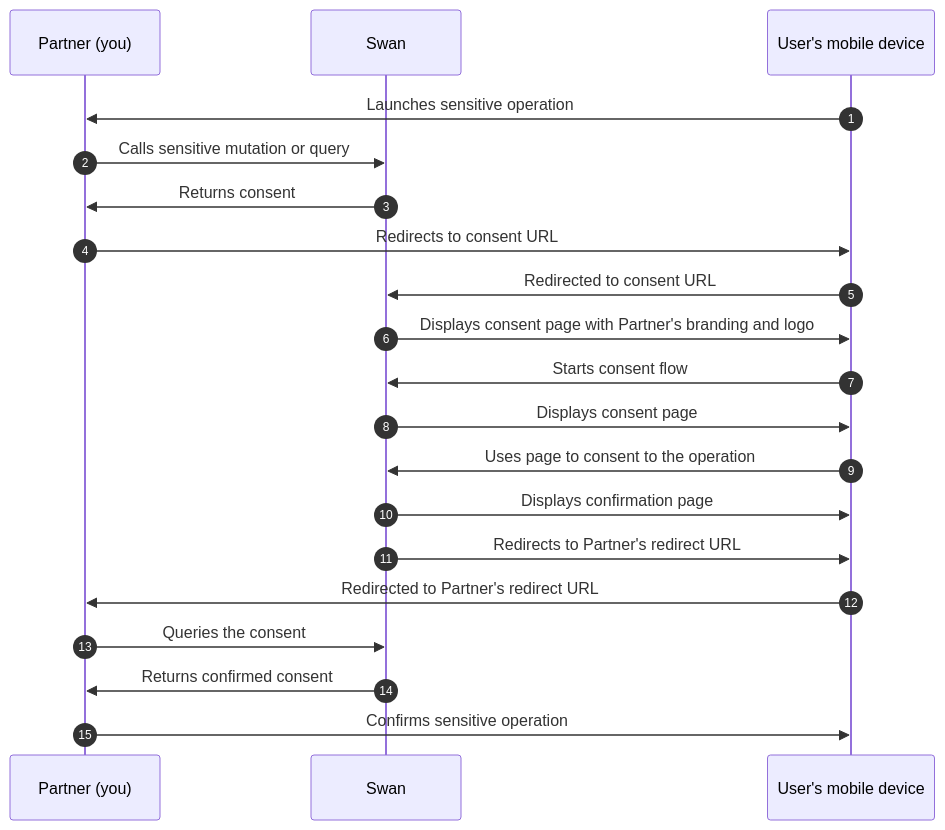
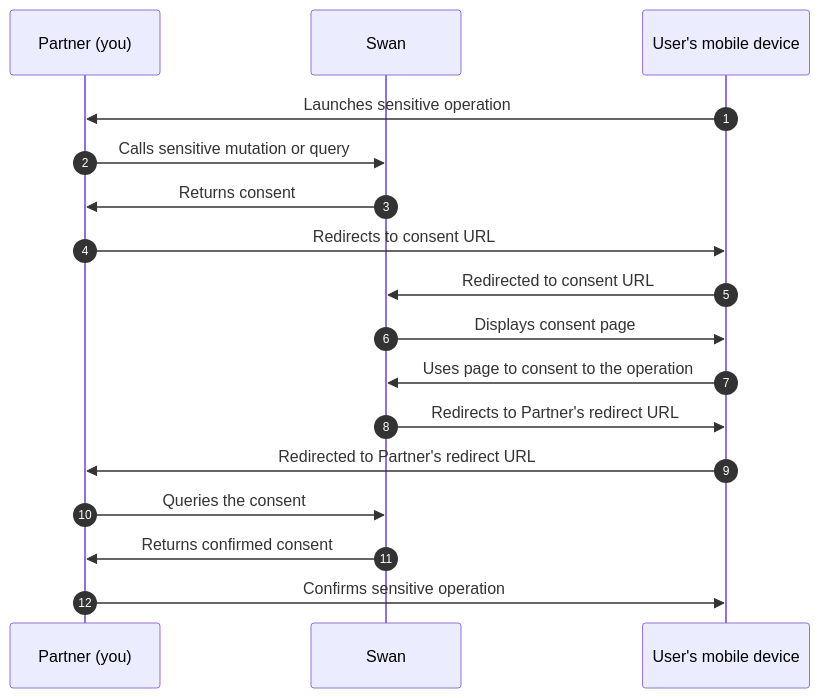
One commit to swan-io/docs changed the second of 3 diagrams in docs/topics/users/consent/index.mdx. Above: the diagram before and after it, drawn with Mermaid. The commit also changed other lines of this file and 6 other files, not shown here.

````diff
--- a/docs/topics/users/consent/index.mdx
+++ b/docs/topics/users/consent/index.mdx
@@ -221,22 +232,19 @@
 ```mermaid
 sequenceDiagram
 autonumber
 participant P as Partner (you)
 participant S as Swan
 participant UM as User's mobile device
     UM ->> P: Launches sensitive operation
     P ->> S: Calls sensitive mutation or query
     S ->> P: Returns consent
     P ->> UM: Redirects to consent URL
     UM ->> S: Redirected to consent URL
-    S ->> UM: Displays consent page with Partner's branding and logo
-    UM ->> S: Starts consent flow
     S ->> UM: Displays consent page
     UM ->> S: Uses page to consent to the operation
-    S ->> UM: Displays confirmation page
     S ->> UM: Redirects to Partner's redirect URL
     UM ->> P: Redirected to Partner's redirect URL
     P ->> S: Queries the consent
     S ->> P: Returns confirmed consent
     P ->> UM: Confirms sensitive operation
 ```
````
